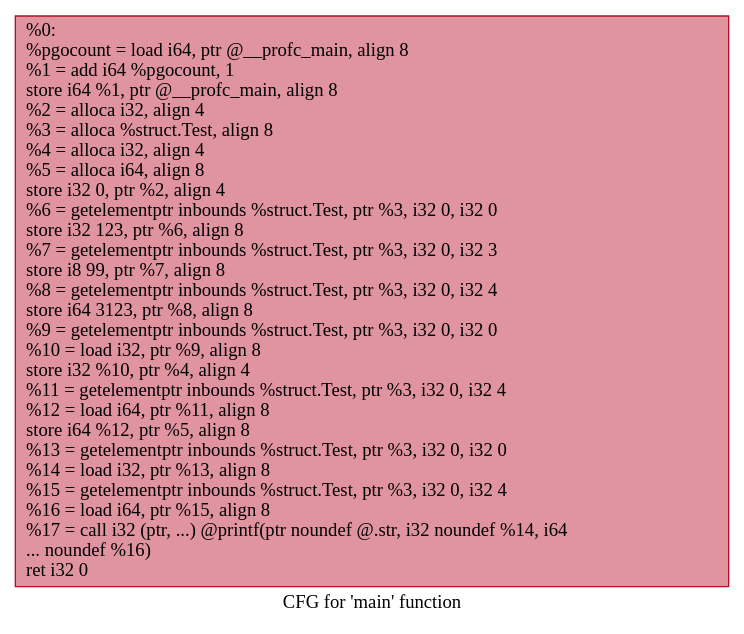
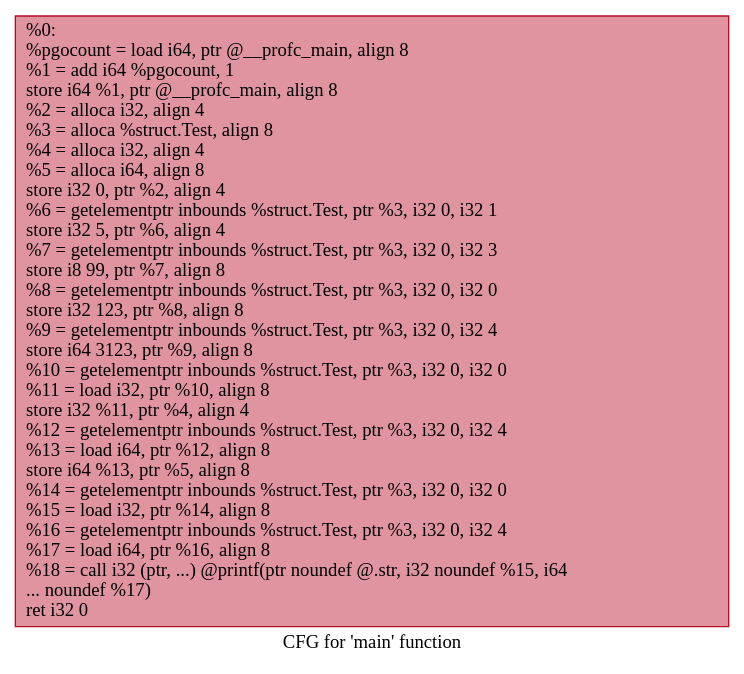
Before and after one commit to show981111/struct-optimization: the diagram in benchmarks/correctness/tmp/.main.dot, drawn with Graphviz. The commit also changed 22 other files, not shown here.

```diff
--- a/benchmarks/correctness/tmp/.main.dot
+++ b/benchmarks/correctness/tmp/.main.dot
@@ -1,5 +1,5 @@
 digraph "CFG for 'main' function" {
 	label="CFG for 'main' function";
 
-	Node0x5599967fc270 [shape=record,color="#b70d28ff", style=filled, fillcolor="#b70d2870",label="{%0:\l  %pgocount = load i64, ptr @__profc_main, align 8\l  %1 = add i64 %pgocount, 1\l  store i64 %1, ptr @__profc_main, align 8\l  %2 = alloca i32, align 4\l  %3 = alloca %struct.Test, align 8\l  %4 = alloca i32, align 4\l  %5 = alloca i64, align 8\l  store i32 0, ptr %2, align 4\l  %6 = getelementptr inbounds %struct.Test, ptr %3, i32 0, i32 0\l  store i32 123, ptr %6, align 8\l  %7 = getelementptr inbounds %struct.Test, ptr %3, i32 0, i32 3\l  store i8 99, ptr %7, align 8\l  %8 = getelementptr inbounds %struct.Test, ptr %3, i32 0, i32 4\l  store i64 3123, ptr %8, align 8\l  %9 = getelementptr inbounds %struct.Test, ptr %3, i32 0, i32 0\l  %10 = load i32, ptr %9, align 8\l  store i32 %10, ptr %4, align 4\l  %11 = getelementptr inbounds %struct.Test, ptr %3, i32 0, i32 4\l  %12 = load i64, ptr %11, align 8\l  store i64 %12, ptr %5, align 8\l  %13 = getelementptr inbounds %struct.Test, ptr %3, i32 0, i32 0\l  %14 = load i32, ptr %13, align 8\l  %15 = getelementptr inbounds %struct.Test, ptr %3, i32 0, i32 4\l  %16 = load i64, ptr %15, align 8\l  %17 = call i32 (ptr, ...) @printf(ptr noundef @.str, i32 noundef %14, i64\l... noundef %16)\l  ret i32 0\l}"];
+	Node0x5652a251b2c0 [shape=record,color="#b70d28ff", style=filled, fillcolor="#b70d2870",label="{%0:\l  %pgocount = load i64, ptr @__profc_main, align 8\l  %1 = add i64 %pgocount, 1\l  store i64 %1, ptr @__profc_main, align 8\l  %2 = alloca i32, align 4\l  %3 = alloca %struct.Test, align 8\l  %4 = alloca i32, align 4\l  %5 = alloca i64, align 8\l  store i32 0, ptr %2, align 4\l  %6 = getelementptr inbounds %struct.Test, ptr %3, i32 0, i32 1\l  store i32 5, ptr %6, align 4\l  %7 = getelementptr inbounds %struct.Test, ptr %3, i32 0, i32 3\l  store i8 99, ptr %7, align 8\l  %8 = getelementptr inbounds %struct.Test, ptr %3, i32 0, i32 0\l  store i32 123, ptr %8, align 8\l  %9 = getelementptr inbounds %struct.Test, ptr %3, i32 0, i32 4\l  store i64 3123, ptr %9, align 8\l  %10 = getelementptr inbounds %struct.Test, ptr %3, i32 0, i32 0\l  %11 = load i32, ptr %10, align 8\l  store i32 %11, ptr %4, align 4\l  %12 = getelementptr inbounds %struct.Test, ptr %3, i32 0, i32 4\l  %13 = load i64, ptr %12, align 8\l  store i64 %13, ptr %5, align 8\l  %14 = getelementptr inbounds %struct.Test, ptr %3, i32 0, i32 0\l  %15 = load i32, ptr %14, align 8\l  %16 = getelementptr inbounds %struct.Test, ptr %3, i32 0, i32 4\l  %17 = load i64, ptr %16, align 8\l  %18 = call i32 (ptr, ...) @printf(ptr noundef @.str, i32 noundef %15, i64\l... noundef %17)\l  ret i32 0\l}"];
 }
```
